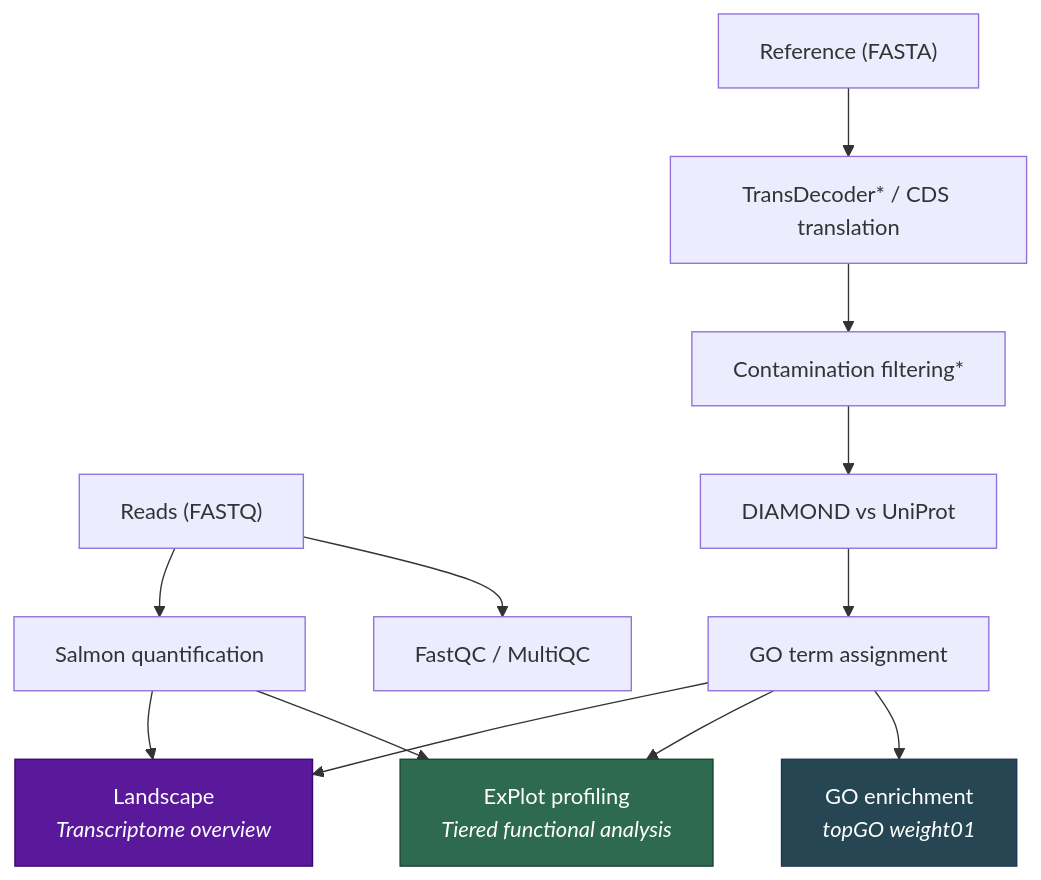
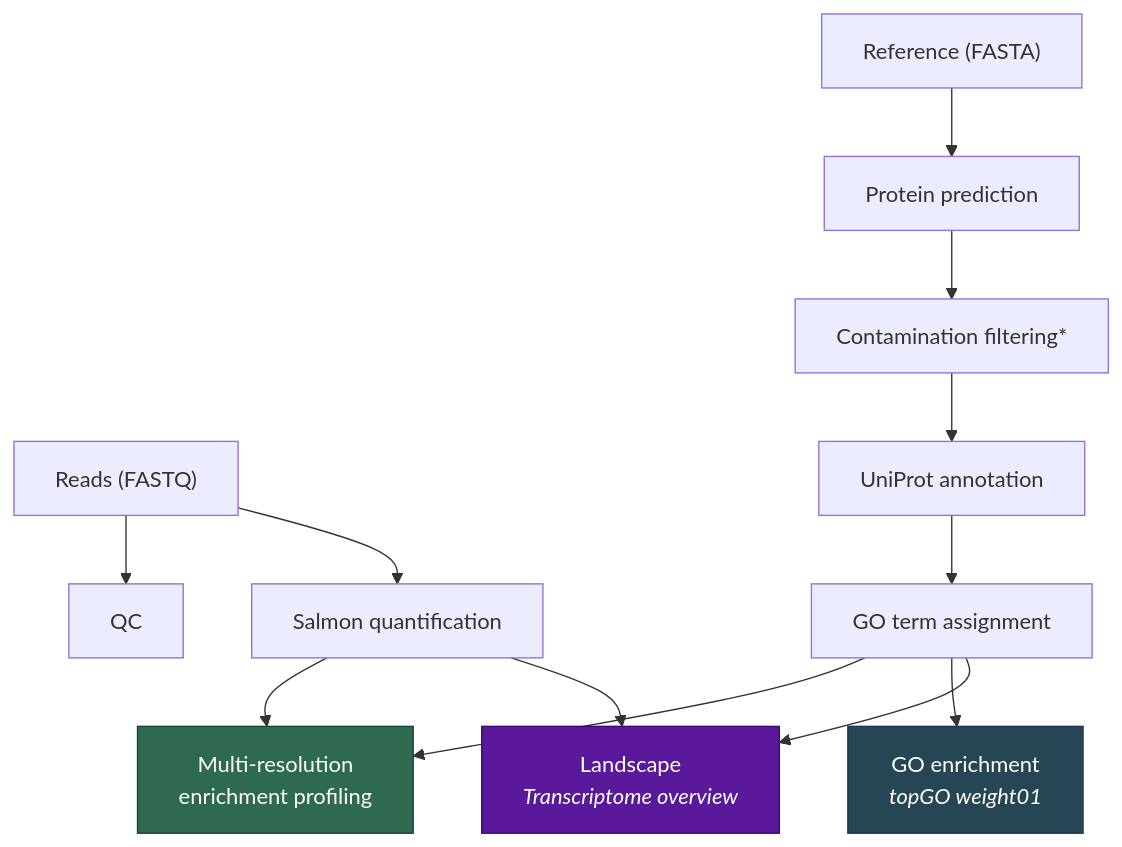
The diagram in README.md (jsmccabe1/SCEPTR), drawn with Mermaid before and after one commit. The commit also changed other lines of this file and 31 other files, not shown here.

````diff
--- a/README.md
+++ b/README.md
@@ -131,18 +91,18 @@
 ```mermaid
 graph TD
-    A["Reads (FASTQ)"] --> B["FastQC / MultiQC"]
+    A["Reads (FASTQ)"] --> B["QC"]
     A --> C["Salmon quantification"]
-    D["Reference (FASTA)"] --> E["TransDecoder* / CDS translation"]
+    D["Reference (FASTA)"] --> E["Protein prediction"]
     E --> F["Contamination filtering*"]
-    F --> G["DIAMOND vs UniProt"]
+    F --> G["UniProt annotation"]
     G --> H["GO term assignment"]
-    H --> I["GO enrichment<br/><em>topGO weight01</em>"]
-    H --> J["ExPlot profiling<br/><em>Tiered functional analysis</em>"]
+    C --> I
+    H --> I["Multi-resolution<br/>enrichment profiling"]
+    H --> J["GO enrichment<br/><em>topGO weight01</em>"]
     H --> K["Landscape<br/><em>Transcriptome overview</em>"]
-    C --> J
     C --> K
 
-    style J fill:#2d6a4f,stroke:#1b4332,color:#fff
-    style I fill:#264653,stroke:#1d3557,color:#fff
+    style I fill:#2d6a4f,stroke:#1b4332,color:#fff
+    style J fill:#264653,stroke:#1d3557,color:#fff
     style K fill:#5a189a,stroke:#3c096c,color:#fff
 ```
````
